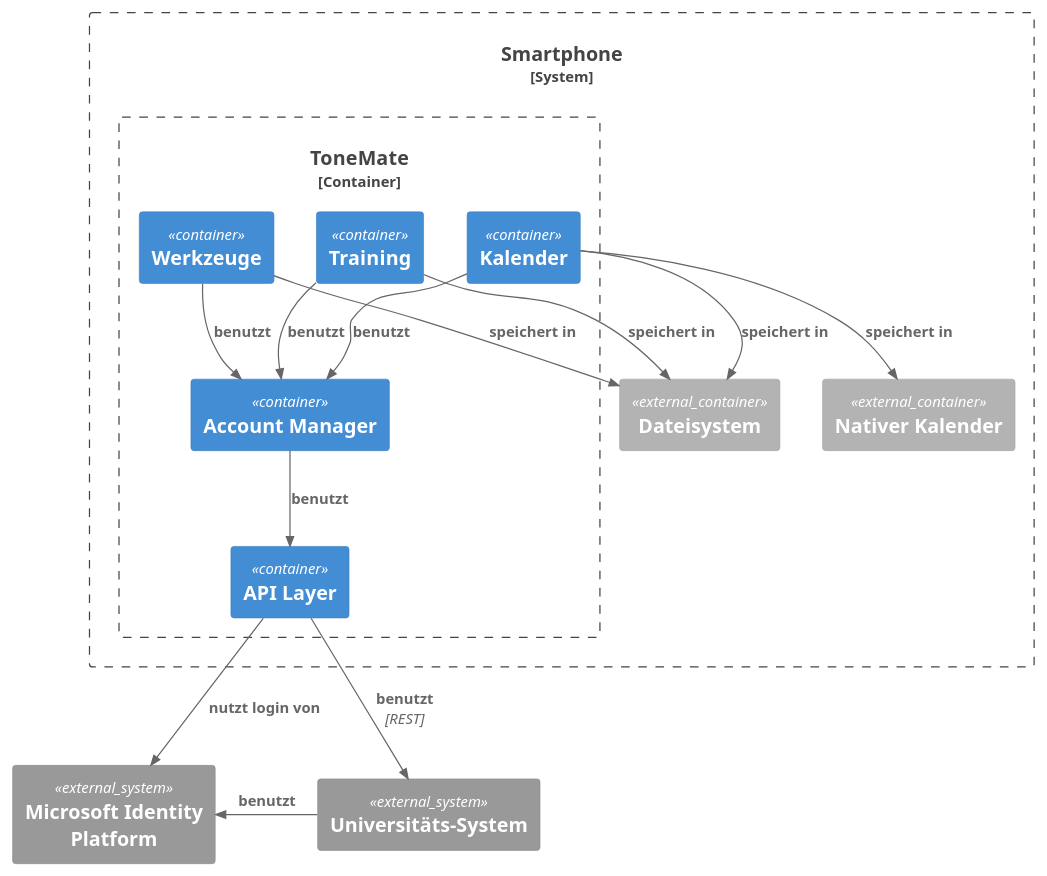
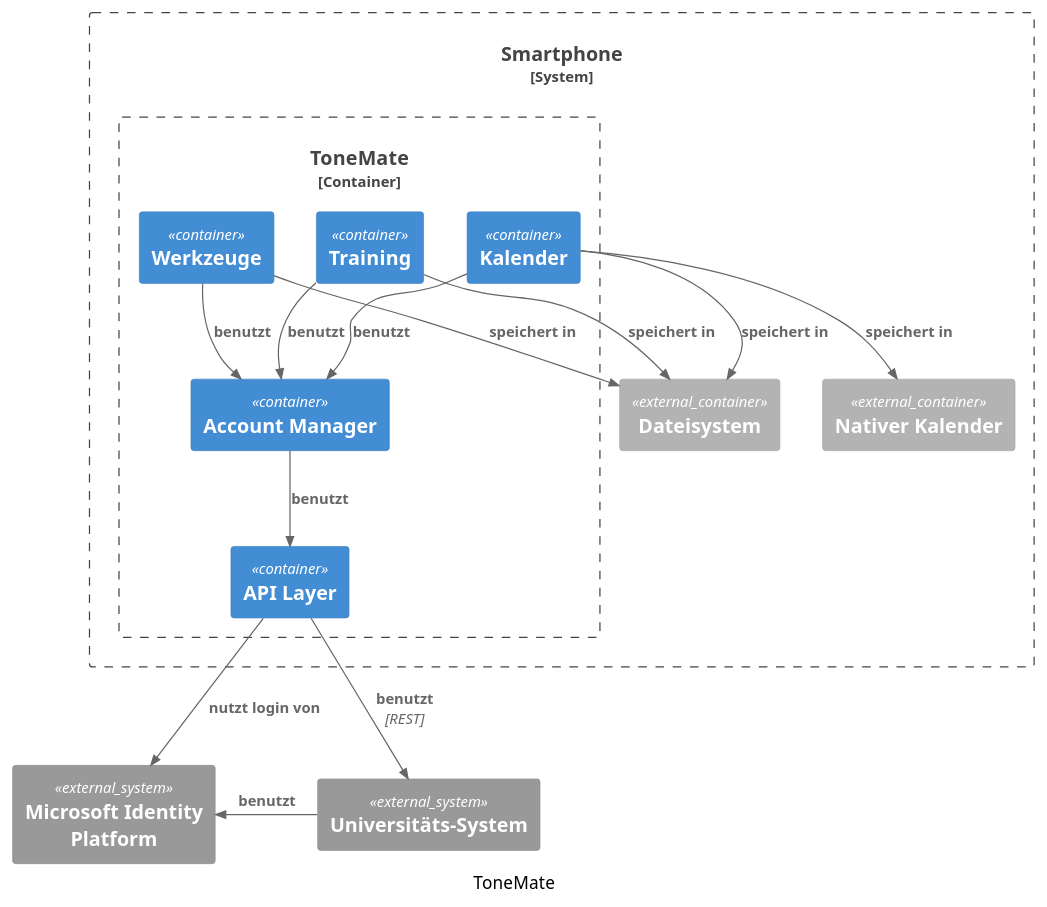
One commit to BB223/sw-architecture changed the second of 5 diagrams in src/05_building_block_view.adoc. Above: the diagram before and after it, drawn with PlantUML. The commit also changed other lines of this file, not shown here.

```diff
--- a/src/05_building_block_view.adoc
+++ b/src/05_building_block_view.adoc
@@ -97,35 +99,37 @@
 [plantuml]
 ....
 @startuml
 !include <C4/C4_Container>
+
+caption ToneMate
 
 System_Boundary(phone, "Smartphone") {
     Container_Boundary(toneMate, "ToneMate") {
         Container(werkzeuge, "Werkzeuge")
         Container(kalender, "Kalender")
         Container(training, "Training")
         Container(accountManager, "Account Manager")
         Container(api, "API Layer")
 
         Rel(training, accountManager, "benutzt")
         Rel(werkzeuge, accountManager, "benutzt")
         Rel(kalender, accountManager, "benutzt")
         Rel(accountManager, api, "benutzt")
     }
     Container_Ext(dateiSystem, "Dateisystem")
     Container_Ext(kalenderExt, "Nativer Kalender")
 
     Rel(kalender, kalenderExt, "speichert in")
     Rel(kalender, dateiSystem, "speichert in")
     Rel(werkzeuge, dateiSystem, "speichert in")
     Rel(training, dateiSystem, "speichert in")
 }
 System_Ext(oauth, "Microsoft Identity Platform")
 System_Ext(uni, "Universitäts-System")
 
 Rel(api, uni, "benutzt", "REST")
 Rel_L(uni, oauth, "benutzt")
 Rel(api, oauth, "nutzt login von")
 
 @enduml
 ....
```
